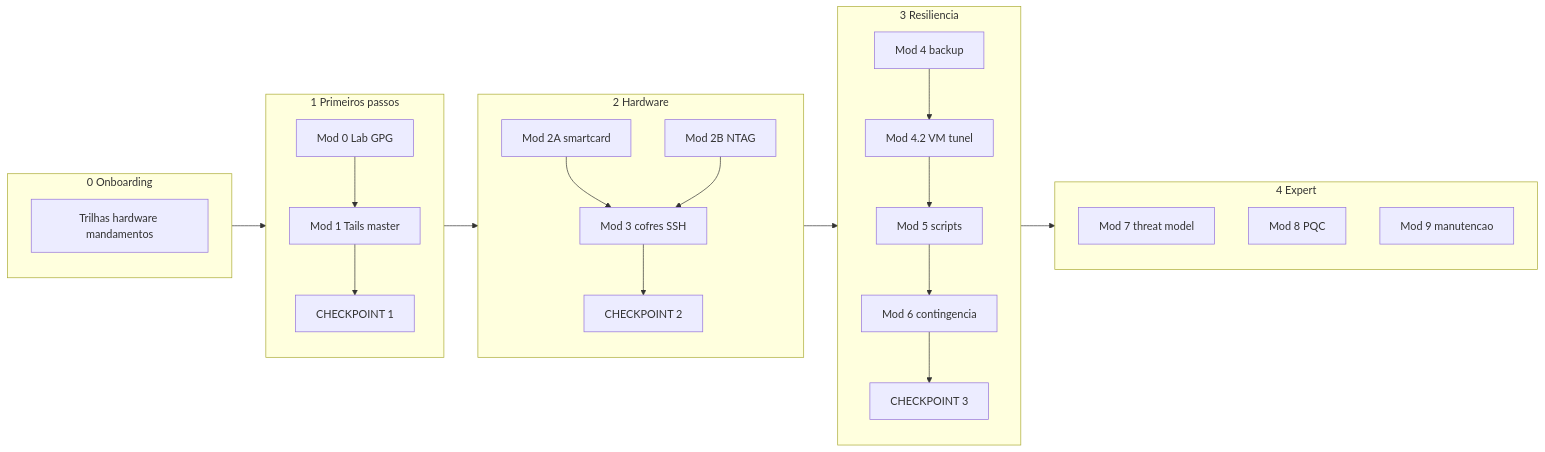
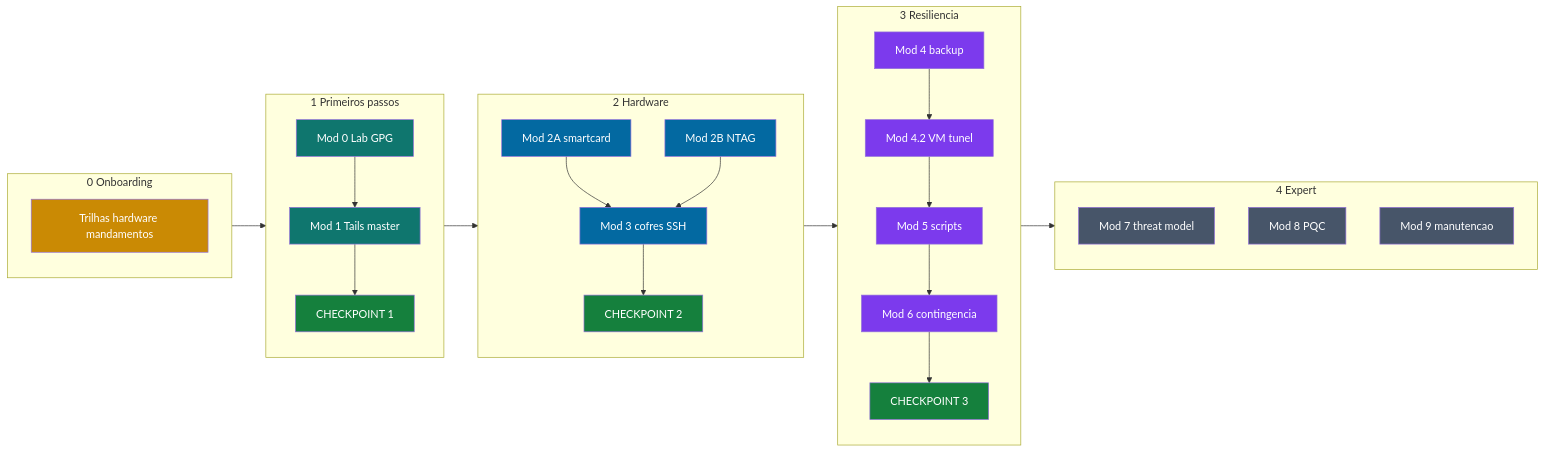
The fourth of 9 diagrams in 🎓 Zero-Trust-Core-Expert - Versão 1.0.md (VIPs-com/Zero-Trust-Core), drawn with Mermaid before and after one commit. The commit also changed other lines of this file and 5 other files, not shown here.

First line of the commit message:
Adiciona cores nos diagramas Mermaid e docs/DIAGRAMAS-VISUAIS.md.

````diff
--- a/🎓 Zero-Trust-Core-Expert - Versão 1.0.md
+++ b/🎓 Zero-Trust-Core-Expert - Versão 1.0.md
@@ -377,35 +427,51 @@
 ```mermaid
 flowchart LR
     subgraph P0["0 Onboarding"]
         T0[Trilhas hardware mandamentos]
     end
     subgraph P1["1 Primeiros passos"]
         M0[Mod 0 Lab GPG]
         M1[Mod 1 Tails master]
         C1[CHECKPOINT 1]
     end
     subgraph P2["2 Hardware"]
         M2A[Mod 2A smartcard]
         M2B[Mod 2B NTAG]
         M3[Mod 3 cofres SSH]
         C2[CHECKPOINT 2]
     end
     subgraph P3["3 Resiliencia"]
         M4[Mod 4 backup]
         M42[Mod 4.2 VM tunel]
         M5[Mod 5 scripts]
         M6[Mod 6 contingencia]
         C3[CHECKPOINT 3]
     end
     subgraph P4["4 Expert"]
         M7[Mod 7 threat model]
         M8[Mod 8 PQC]
         M9[Mod 9 manutencao]
     end
     P0 --> P1 --> P2 --> P3 --> P4
     M0 --> M1 --> C1
     M2A --> M3
     M2B --> M3
     M3 --> C2
     M4 --> M42 --> M5 --> M6 --> C3
+
+    classDef onboarding fill:#ca8a04,color:#fff
+    classDef parte1 fill:#0f766e,color:#fff
+    classDef parte2 fill:#0369a1,color:#fff
+    classDef parte3 fill:#7c3aed,color:#fff
+    classDef parte4 fill:#475569,color:#fff
+    classDef checkpoint fill:#15803d,color:#fff
+
+    class T0 onboarding
+    class M0,M1 parte1
+    class C1 checkpoint
+    class M2A,M2B,M3 parte2
+    class C2 checkpoint
+    class M4,M42,M5,M6 parte3
+    class C3 checkpoint
+    class M7,M8,M9 parte4
 ```
````
